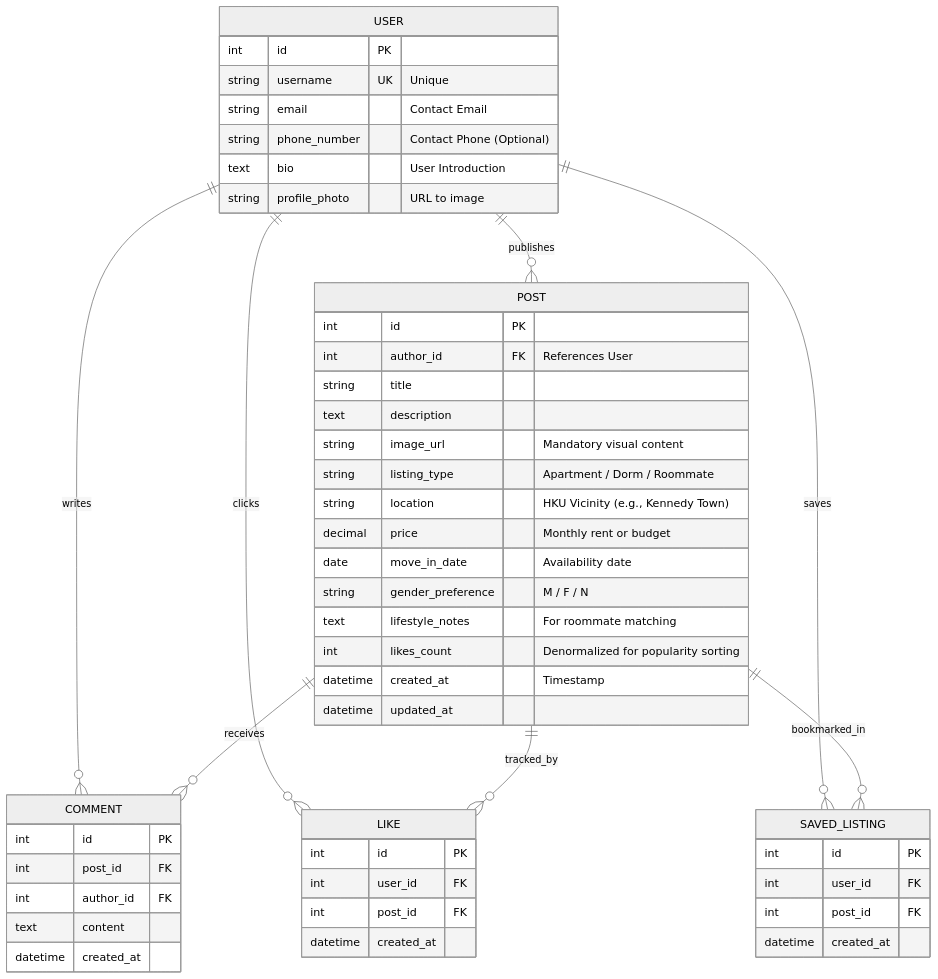
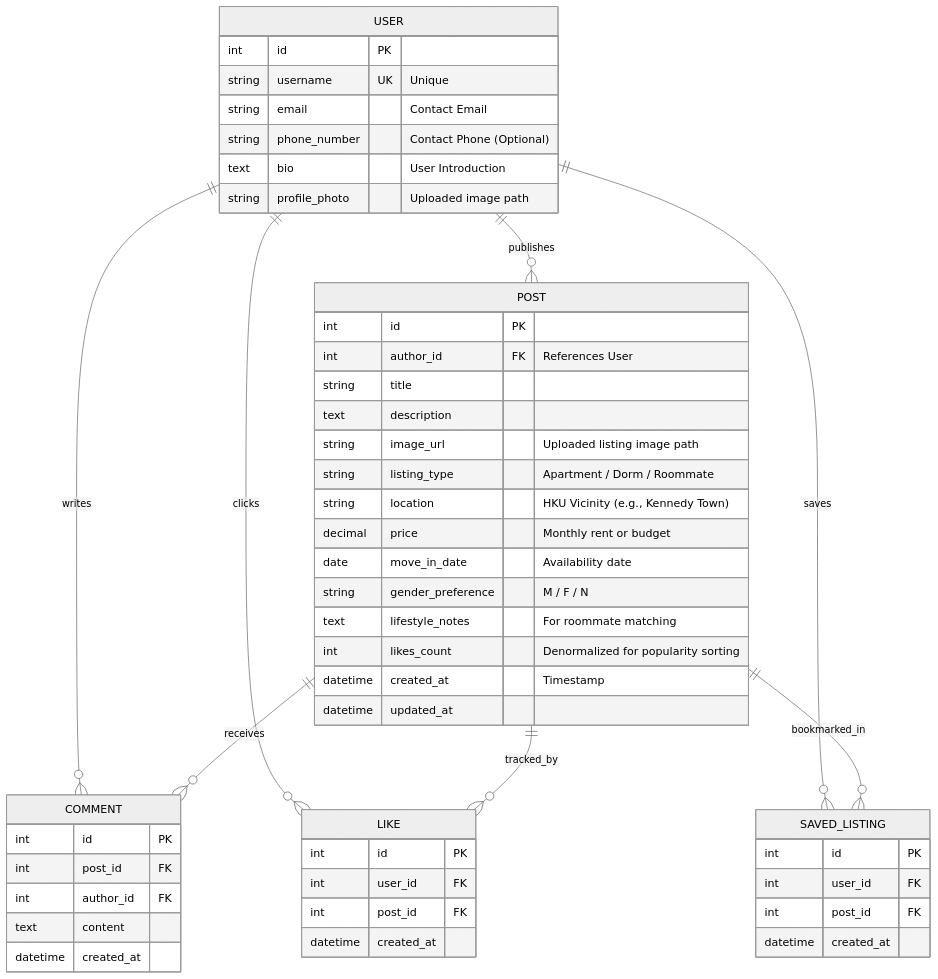
Before and after one commit to danialutegenov/roomieHKU-app: the diagram in docs/database-schema.md, drawn with Mermaid (neutral theme). The commit also changed other lines of this file and 10 other files, not shown here.

````diff
--- a/docs/database-schema.md
+++ b/docs/database-schema.md
@@ -11,59 +11,59 @@
 ```mermaid
 erDiagram
     USER ||--o{ POST : "publishes"
     USER ||--o{ COMMENT : "writes"
     USER ||--o{ LIKE : "clicks"
     USER ||--o{ SAVED_LISTING : "saves"
     
     POST ||--o{ COMMENT : "receives"
     POST ||--o{ LIKE : "tracked_by"
     POST ||--o{ SAVED_LISTING : "bookmarked_in"
 
     USER {
         int id PK
         string username UK "Unique"
         string email "Contact Email"
         string phone_number "Contact Phone (Optional)"
         text bio "User Introduction"
-        string profile_photo "URL to image"
+        string profile_photo "Uploaded image path"
     }
 
     POST {
         int id PK
         int author_id FK "References User"
         string title
         text description
-        string image_url "Mandatory visual content"
+        string image_url "Uploaded listing image path"
         string listing_type "Apartment / Dorm / Roommate"
         string location "HKU Vicinity (e.g., Kennedy Town)"
         decimal price "Monthly rent or budget"
         date move_in_date "Availability date"
         string gender_preference "M / F / N"
         text lifestyle_notes "For roommate matching"
         int likes_count "Denormalized for popularity sorting"
         datetime created_at "Timestamp"
         datetime updated_at
     }
 
     COMMENT {
         int id PK
         int post_id FK
         int author_id FK
         text content
         datetime created_at
     }
 
     LIKE {
         int id PK
         int user_id FK
         int post_id FK
         datetime created_at
     }
 
     SAVED_LISTING {
         int id PK
         int user_id FK
         int post_id FK
         datetime created_at
     }
 ```
````
